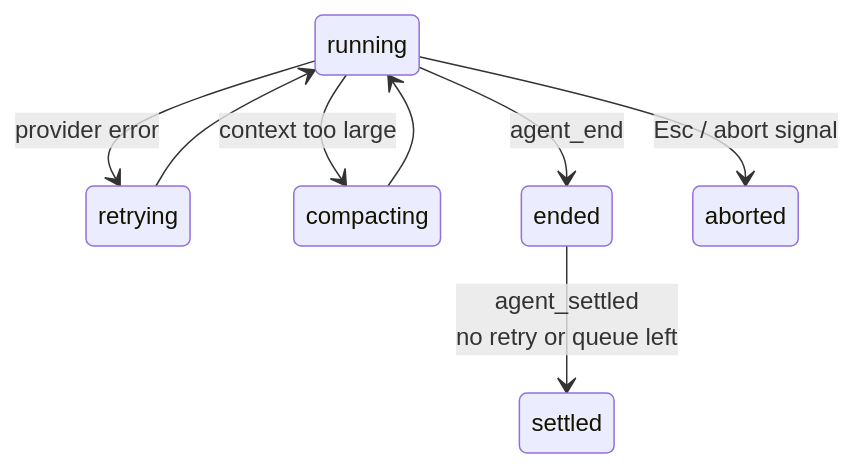
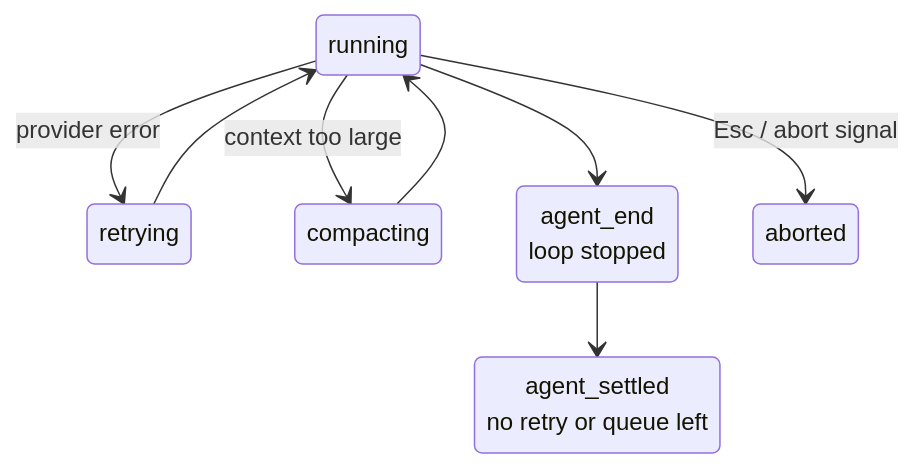
One commit to lukechen526/pi changed the fifth of 5 diagrams in developer-guide/23-lifecycle-and-hooks.qmd. Above: the diagram before and after it, drawn with Mermaid. The commit also changed other lines of this file and 3 other files, not shown here.

First line of the commit message:
docs(developer-guide): redesign diagrams in sessions and lifecycle chapters

````diff
--- a/developer-guide/23-lifecycle-and-hooks.qmd
+++ b/developer-guide/23-lifecycle-and-hooks.qmd
@@ -439,13 +458,18 @@
 ```{mermaid}
 %%| label: fig-run-lifecycle
 %%| fig-cap: "Run lifecycle. Retries and compaction resume the run; agent_end fires when the loop stops, agent_settled when no automatic continuation remains."
 stateDiagram-v2
   running: running
+  retrying: retrying
+  compacting: compacting
+  ended: agent_end<br/>loop stopped
+  settled: agent_settled<br/>no retry or queue left
+  aborted: aborted
   running --> retrying: provider error
   running --> compacting: context too large
   retrying --> running
   compacting --> running
-  running --> ended: agent_end
-  ended --> settled: agent_settled<br/>no retry or queue left
+  running --> ended
+  ended --> settled
   running --> aborted: Esc / abort signal
 ```
````
